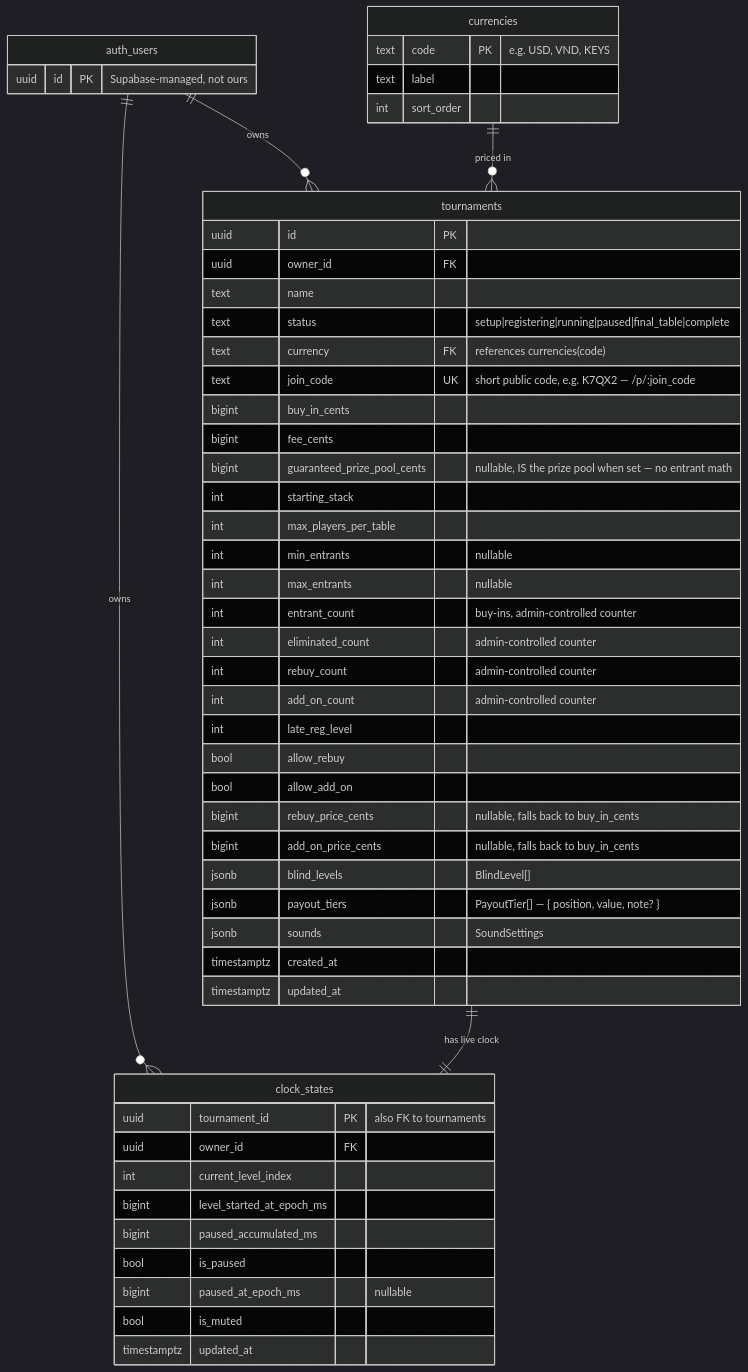
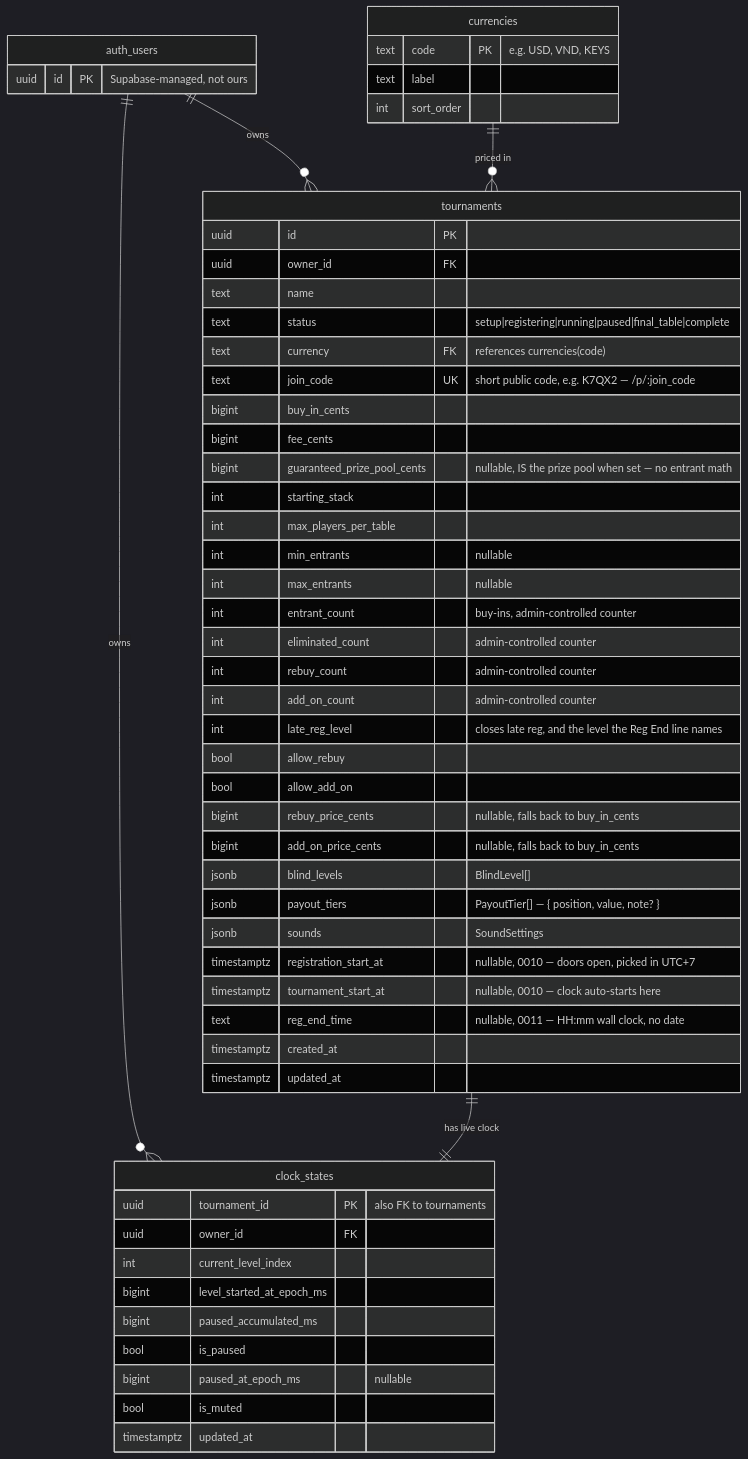
Before and after one commit to gaubacuc56/poker-clock: the diagram in supabase/SCHEMA.md, drawn with Mermaid (dark theme). The commit also changed other lines of this file and 24 other files, not shown here.

Commit message:
feat: reg start & end manageent

````diff
--- a/supabase/SCHEMA.md
+++ b/supabase/SCHEMA.md
@@ -5,59 +5,62 @@
 ```mermaid
 erDiagram
     auth_users ||--o{ tournaments  : owns
     auth_users ||--o{ clock_states : owns
     tournaments ||--|| clock_states : "has live clock"
     currencies  ||--o{ tournaments : "priced in"
 
     auth_users {
         uuid id PK "Supabase-managed, not ours"
     }
 
     currencies {
         text code PK "e.g. USD, VND, KEYS"
         text label
         int sort_order
     }
 
     tournaments {
         uuid id PK
         uuid owner_id FK
         text name
         text status "setup|registering|running|paused|final_table|complete"
         text currency FK "references currencies(code)"
         text join_code UK "short public code, e.g. K7QX2 — /p/:join_code"
         bigint buy_in_cents
         bigint fee_cents
         bigint guaranteed_prize_pool_cents "nullable, IS the prize pool when set — no entrant math"
         int starting_stack
         int max_players_per_table
         int min_entrants "nullable"
         int max_entrants "nullable"
         int entrant_count "buy-ins, admin-controlled counter"
         int eliminated_count "admin-controlled counter"
         int rebuy_count "admin-controlled counter"
         int add_on_count "admin-controlled counter"
-        int late_reg_level
+        int late_reg_level "closes late reg, and the level the Reg End line names"
         bool allow_rebuy
         bool allow_add_on
         bigint rebuy_price_cents "nullable, falls back to buy_in_cents"
         bigint add_on_price_cents "nullable, falls back to buy_in_cents"
         jsonb blind_levels "BlindLevel[]"
         jsonb payout_tiers "PayoutTier[] — { position, value, note? }"
         jsonb sounds "SoundSettings"
+        timestamptz registration_start_at "nullable, 0010 — doors open, picked in UTC+7"
+        timestamptz tournament_start_at "nullable, 0010 — clock auto-starts here"
+        text reg_end_time "nullable, 0011 — HH:mm wall clock, no date"
         timestamptz created_at
         timestamptz updated_at
     }
 
     clock_states {
         uuid tournament_id PK "also FK to tournaments"
         uuid owner_id FK
         int current_level_index
         bigint level_started_at_epoch_ms
         bigint paused_accumulated_ms
         bool is_paused
         bigint paused_at_epoch_ms "nullable"
         bool is_muted
         timestamptz updated_at
     }
 ```
````
